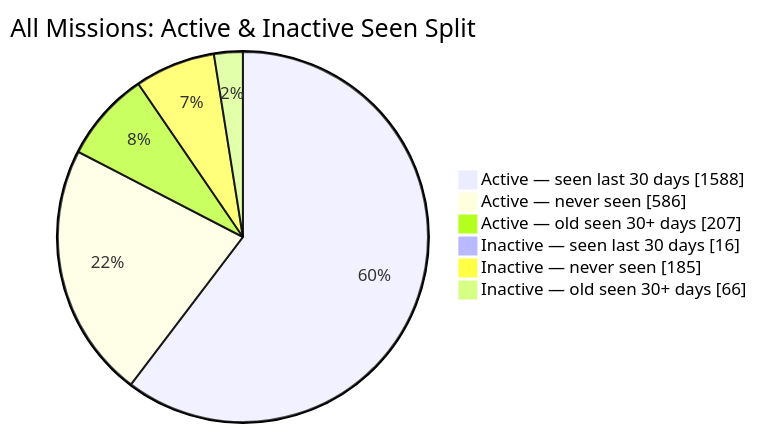
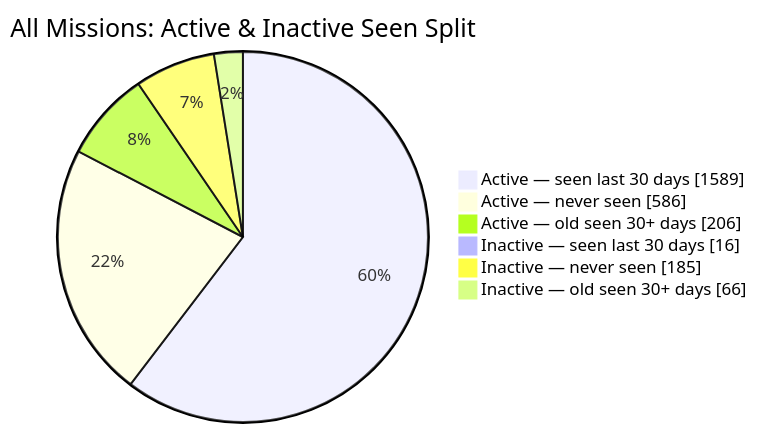
Before and after one commit to MeldkamerspelGameTeam/active-missions: the second of 2 diagrams in README.md, drawn with Mermaid. The commit also changed other lines of this file and 3 other files, not shown here.

````diff
--- a/README.md
+++ b/README.md
@@ -44,10 +44,10 @@
 ```mermaid
 pie showData
     title All Missions: Active & Inactive Seen Split
-    "Active — seen last 30 days" : 1588
+    "Active — seen last 30 days" : 1589
     "Active — never seen" : 586
-    "Active — old seen 30+ days" : 207
+    "Active — old seen 30+ days" : 206
     "Inactive — seen last 30 days" : 16
     "Inactive — never seen" : 185
     "Inactive — old seen 30+ days" : 66
 ```
````
